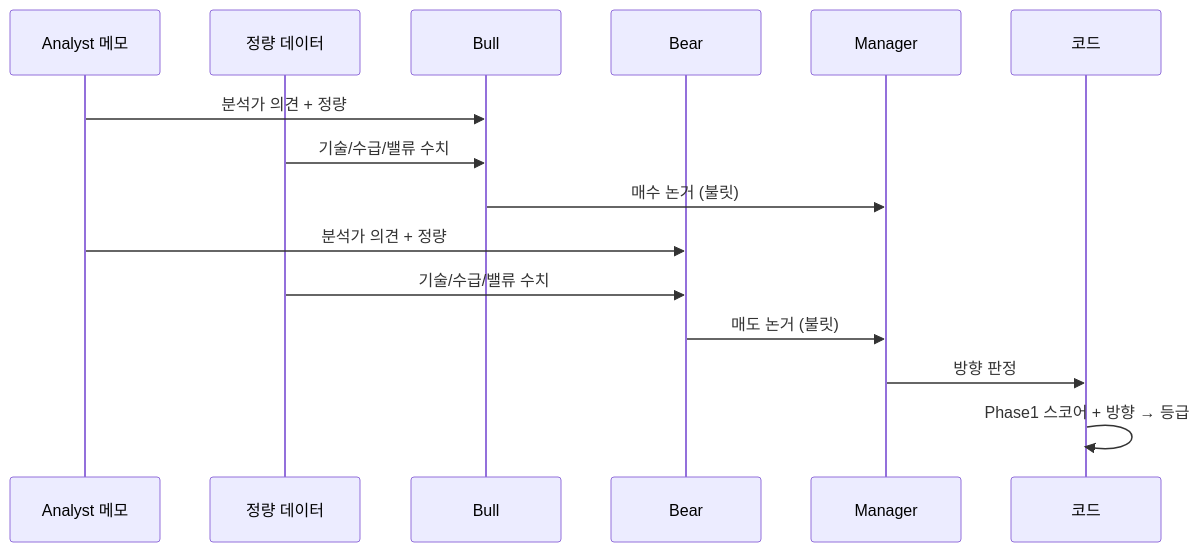
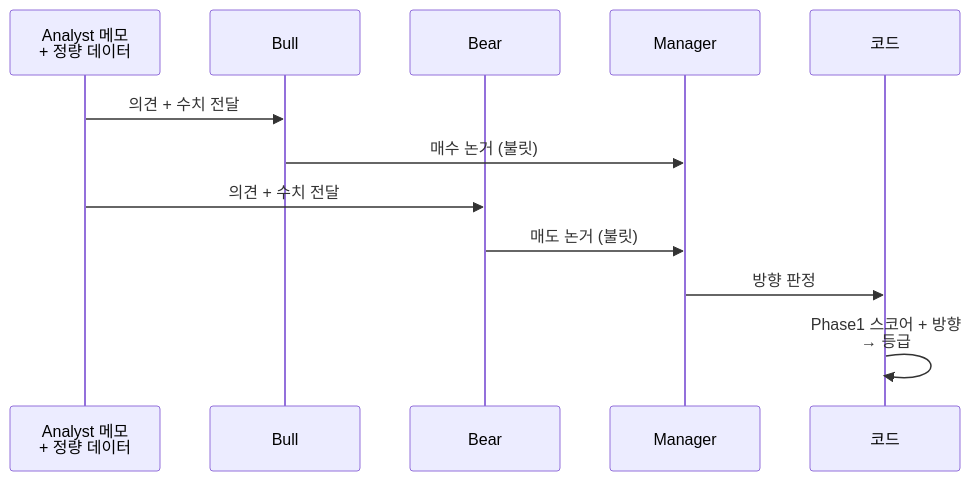
One commit to izzyLim/BIP-Pipeline changed the eighth of 12 diagrams in docs/stock_screener_architecture.md. Above: the diagram before and after it, drawn with Mermaid. The commit also changed other lines of this file and 2 other files, not shown here.

First line of the commit message:
docs(stock_screener): v6.3 — 가독성 개선 + write-doc 다이어그램 가이드

````diff
--- a/docs/stock_screener_architecture.md
+++ b/docs/stock_screener_architecture.md
@@ -284,18 +285,15 @@
 ```mermaid
 sequenceDiagram
-    participant A as Analyst 메모
-    participant Q as 정량 데이터
+    participant A as Analyst 메모<br/>+ 정량 데이터
     participant Bull
     participant Bear
     participant M as Manager
     participant C as 코드
 
-    A->>Bull: 분석가 의견 + 정량
-    Q->>Bull: 기술/수급/밸류 수치
+    A->>Bull: 의견 + 수치 전달
     Bull->>M: 매수 논거 (불릿)
-    A->>Bear: 분석가 의견 + 정량
-    Q->>Bear: 기술/수급/밸류 수치
+    A->>Bear: 의견 + 수치 전달
     Bear->>M: 매도 논거 (불릿)
     M->>C: 방향 판정
-    C->>C: Phase1 스코어 + 방향 → 등급
+    C->>C: Phase1 스코어 + 방향<br/>→ 등급
 ```
````
